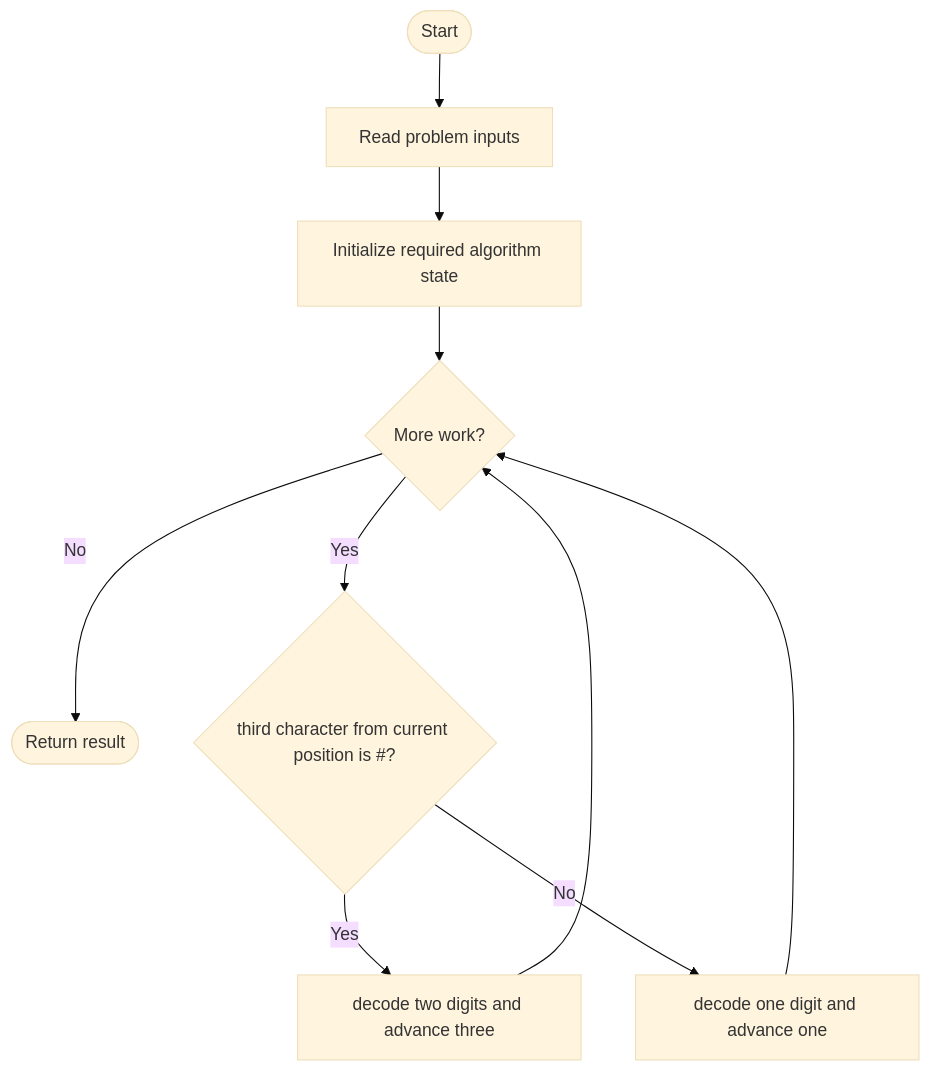
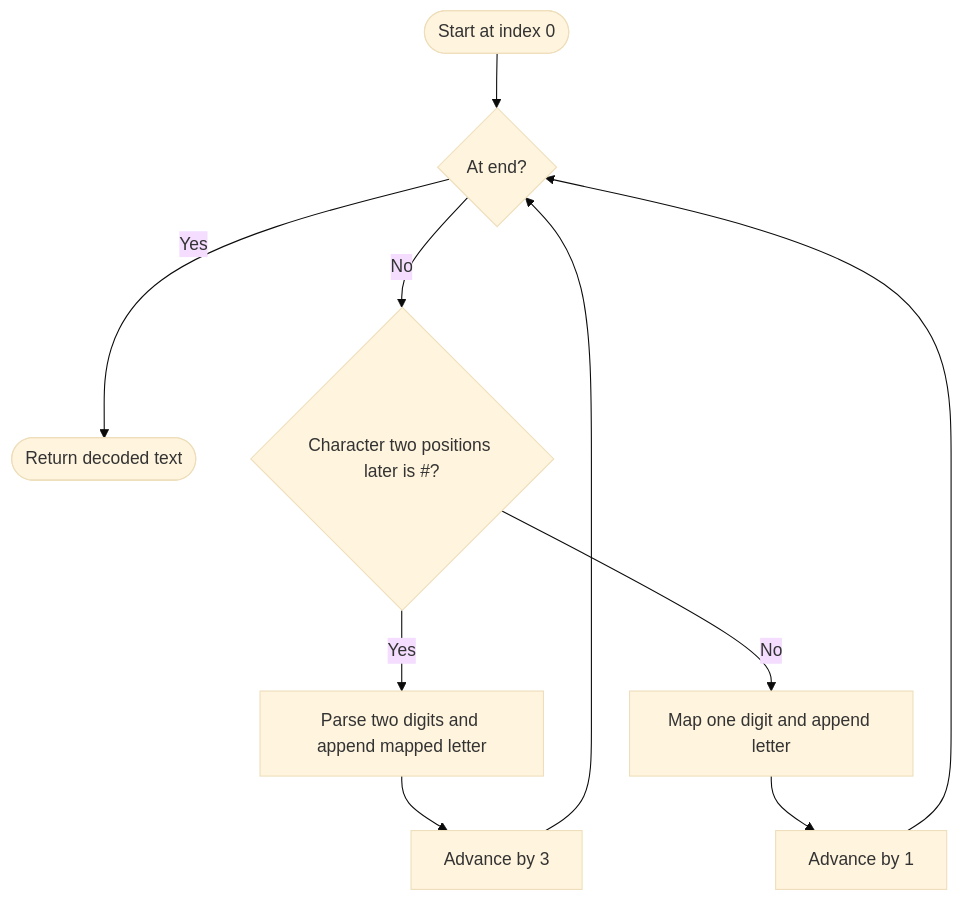
One commit to SAIDEEPBHANGE/C-CPP-Codes changed the diagram in LeetCode/1309/README.md. Above: the diagram before and after it, drawn with Mermaid (base theme). The commit also changed other lines of this file and 196 other files, not shown here.

````diff
--- a/LeetCode/1309/README.md
+++ b/LeetCode/1309/README.md
@@ -13,12 +46,12 @@
 ```mermaid
 flowchart TD
-    A([Start]) --> B[Read problem inputs]
-    B --> C[Initialize required algorithm state]
-    C --> D{More work?}
-    D -- No --> Z([Return result])
-    D -- Yes --> E{third character from current position is #?}
-    E -- Yes --> F[decode two digits and advance three]
-    E -- No --> G[decode one digit and advance one]
-    F --> D
-    G --> D
+ A([Start at index 0]) --> B{At end?}
+ B -- Yes --> Z([Return decoded text])
+ B -- No --> C{Character two positions later is #?}
+ C -- Yes --> D[Parse two digits and append mapped letter]
+ D --> E[Advance by 3]
+ C -- No --> F[Map one digit and append letter]
+ F --> G[Advance by 1]
+ E --> B
+ G --> B
 ```
````
